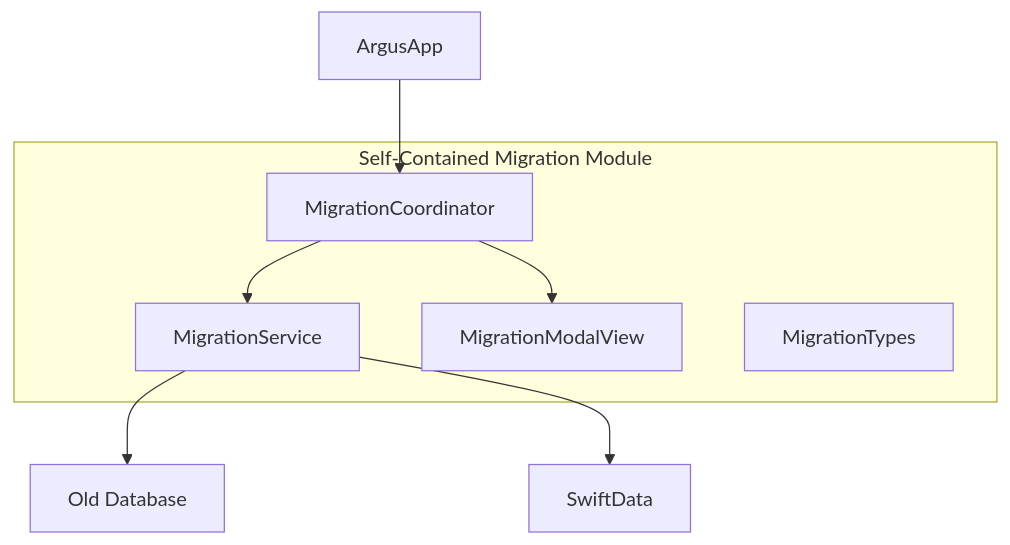
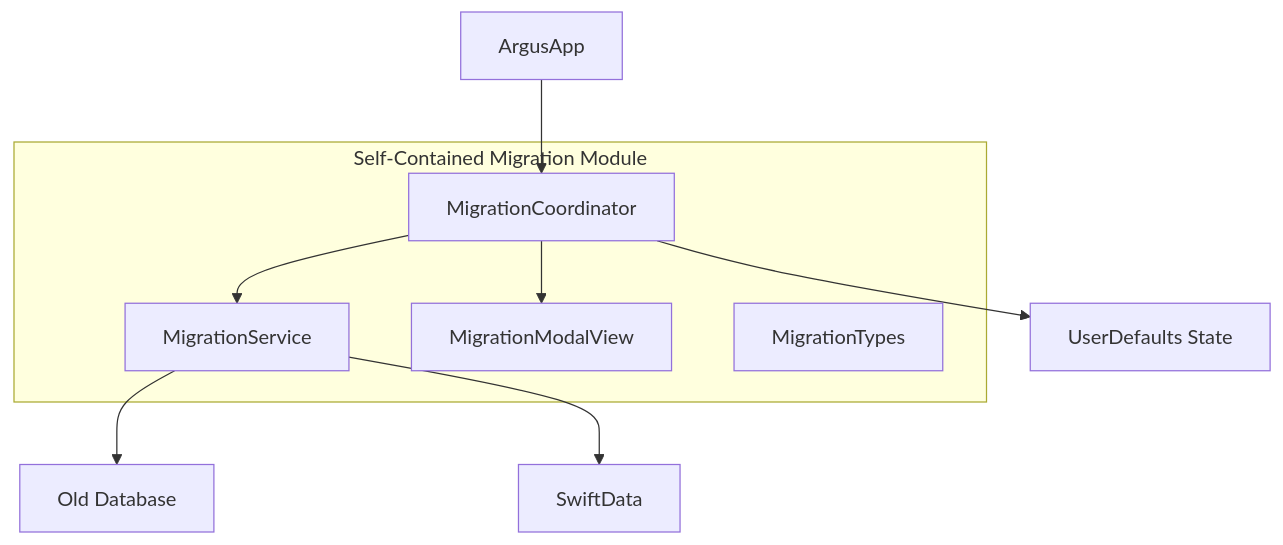
Before and after one commit to jeremyandrews/Argus-app: the fourth of 9 diagrams in memory-bank/systemPatterns.md, drawn with Mermaid. The commit also changed other lines of this file and 15 other files, not shown here.

````diff
--- a/memory-bank/systemPatterns.md
+++ b/memory-bank/systemPatterns.md
@@ -190,16 +195,17 @@
 ```mermaid
 flowchart TD
     App[ArgusApp] --> Coordinator[MigrationCoordinator]
+    Coordinator --> UserDefaults[UserDefaults State]
     Coordinator --> Service[MigrationService]
     Service --> DBOld[Old Database]
     Service --> DBNew[SwiftData]
     
     subgraph "Self-Contained Migration Module"
         Coordinator
         Service
         UI[MigrationModalView]
         Types[MigrationTypes]
     end
     
     Coordinator --> UI
 ```
````
